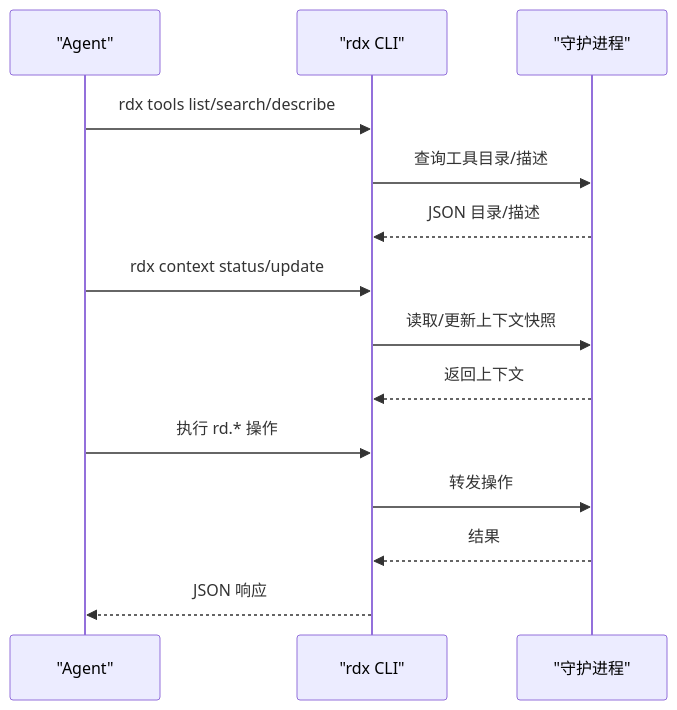
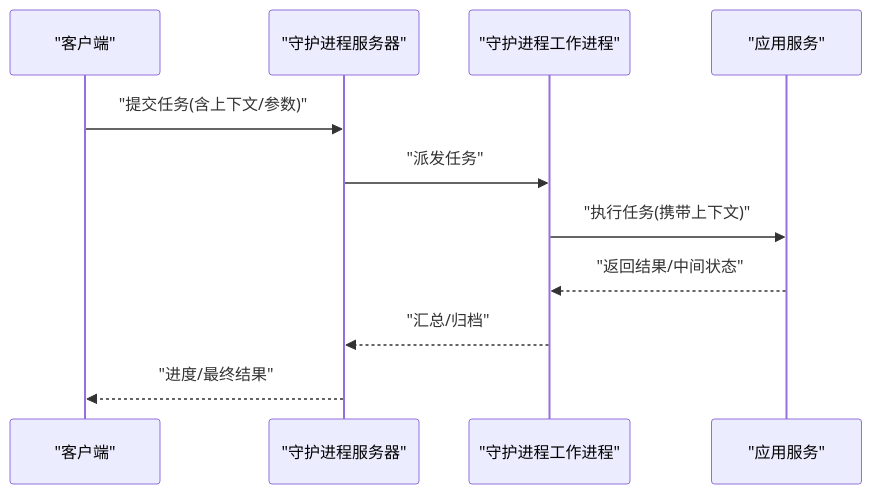
One commit to haolange/RDC-Tool changed the fifth of 11 diagrams in .qoder/repowiki/zh/content/核心概念/核心概念.md. Above: the diagram before and after it, drawn with Mermaid. The commit also changed other lines of this file and 180 other files, not shown here.

````diff
--- a/.qoder/repowiki/zh/content/核心概念/核心概念.md
+++ b/.qoder/repowiki/zh/content/核心概念/核心概念.md
@@ -211,16 +415,13 @@
 ```mermaid
 sequenceDiagram
-participant A as "Agent"
-participant C as "rdx CLI"
-participant D as "守护进程"
-A->>C : rdx tools list/search/describe
-C->>D : 查询工具目录/描述
-D-->>C : JSON 目录/描述
-A->>C : rdx context status/update
-C->>D : 读取/更新上下文快照
-D-->>C : 返回上下文
-A->>C : 执行 rd.* 操作
-C->>D : 转发操作
-D-->>C : 结果
-C-->>A : JSON 响应
+participant CLI as "客户端"
+participant DSRV as "守护进程服务器"
+participant DWKR as "守护进程工作进程"
+participant SRV as "应用服务"
+CLI->>DSRV : "提交任务(含上下文/参数)"
+DSRV->>DWKR : "派发任务"
+DWKR->>SRV : "执行任务(携带上下文)"
+SRV-->>DWKR : "返回结果/中间状态"
+DWKR-->>DSRV : "汇总/归档"
+DSRV-->>CLI : "进度/最终结果"
 ```
````
